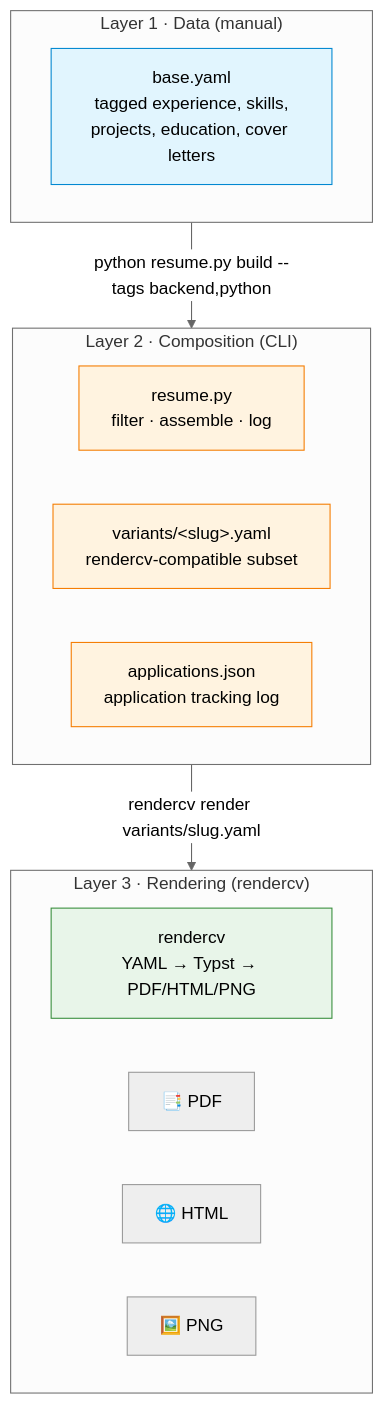
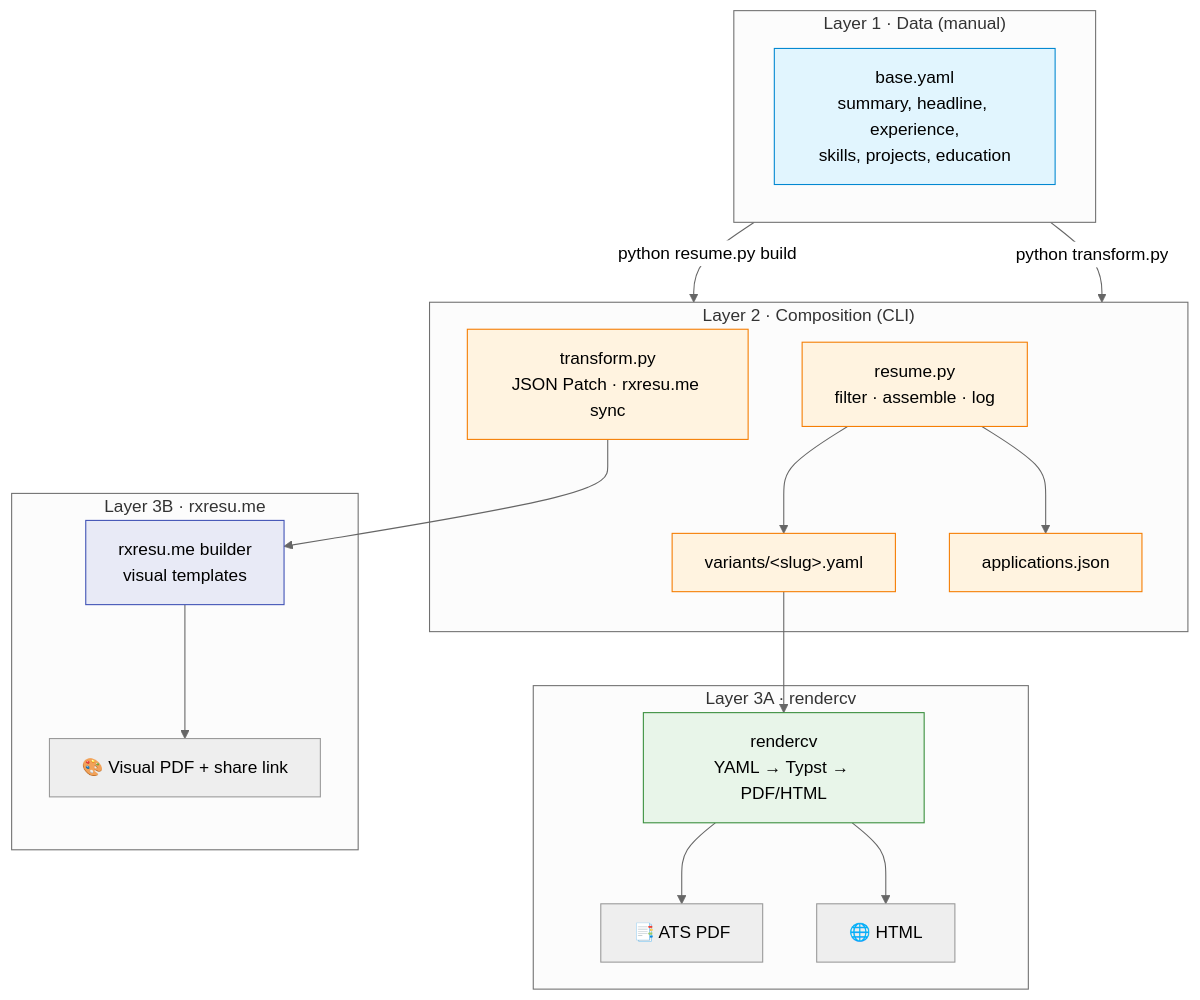
The first of 10 diagrams in docs/overview.md (jxjwilliam/resume-generator), drawn with Mermaid (neutral theme) before and after one commit. The commit also changed other lines of this file and 6 other files, not shown here.

First line of the commit message:
Improve rxresu.me sync and document dual render paths.

````diff
--- a/docs/overview.md
+++ b/docs/overview.md
@@ -11,27 +11,39 @@
 ```mermaid
 flowchart TB
     subgraph L1["Layer 1 · Data (manual)"]
-        BY["base.yaml<br/>tagged experience, skills,<br/>projects, education, cover letters"]
+        BY["base.yaml<br/>summary, headline, experience,<br/>skills, projects, education"]
         style BY fill:#e1f5fe,stroke:#0288d1
     end
 
     subgraph L2["Layer 2 · Composition (CLI)"]
         RP["resume.py<br/>filter · assemble · log"]
-        VY["variants/&lt;slug&gt;.yaml<br/>rendercv-compatible subset"]
-        AJ["applications.json<br/>application tracking log"]
+        TP["transform.py<br/>JSON Patch · rxresu.me sync"]
+        VY["variants/&lt;slug&gt;.yaml"]
+        AJ["applications.json"]
         style RP fill:#fff3e0,stroke:#f57c00
+        style TP fill:#fff3e0,stroke:#f57c00
         style VY fill:#fff3e0,stroke:#f57c00
         style AJ fill:#fff3e0,stroke:#f57c00
     end
 
-    subgraph L3["Layer 3 · Rendering (rendercv)"]
-        RC["rendercv<br/>YAML → Typst → PDF/HTML/PNG"]
-        PDF["📑 PDF"]
+    subgraph L3A["Layer 3A · rendercv"]
+        RC["rendercv<br/>YAML → Typst → PDF/HTML"]
+        PDF["📑 ATS PDF"]
         HTML["🌐 HTML"]
-        PNG["🖼️ PNG"]
         style RC fill:#e8f5e9,stroke:#388e3c
     end
 
-    L1 -->|"python resume.py build --tags backend,python"| L2
-    L2 -->|"rendercv render variants/slug.yaml"| L3
+    subgraph L3B["Layer 3B · rxresu.me"]
+        RX["rxresu.me builder<br/>visual templates"]
+        VIS["🎨 Visual PDF + share link"]
+        style RX fill:#e8eaf6,stroke:#3f51b5
+    end
+
+    L1 -->|"python resume.py build"| L2
+    L1 -->|"python transform.py"| L2
+    RP --> VY --> RC
+    RC --> PDF
+    RC --> HTML
+    TP --> RX --> VIS
+    RP --> AJ
 ```
````
